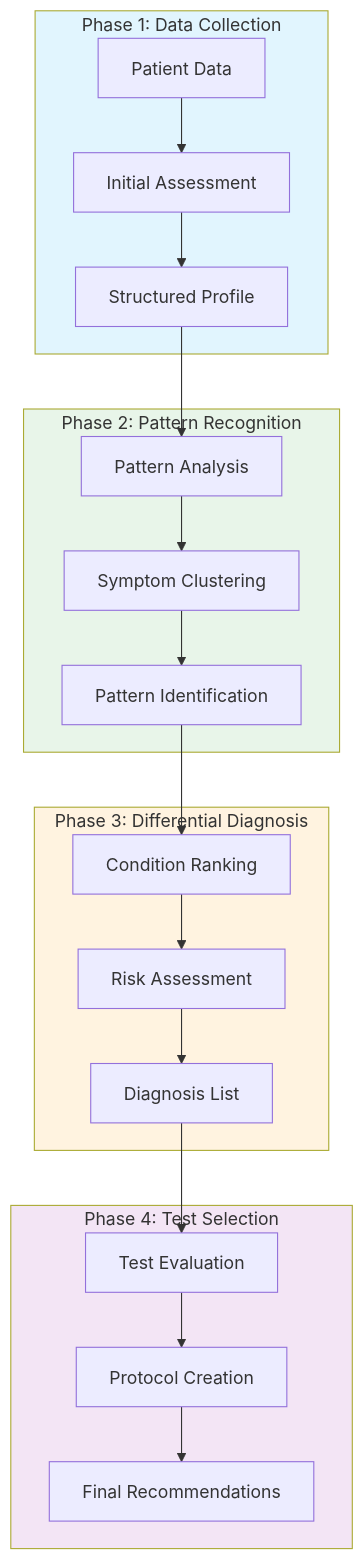
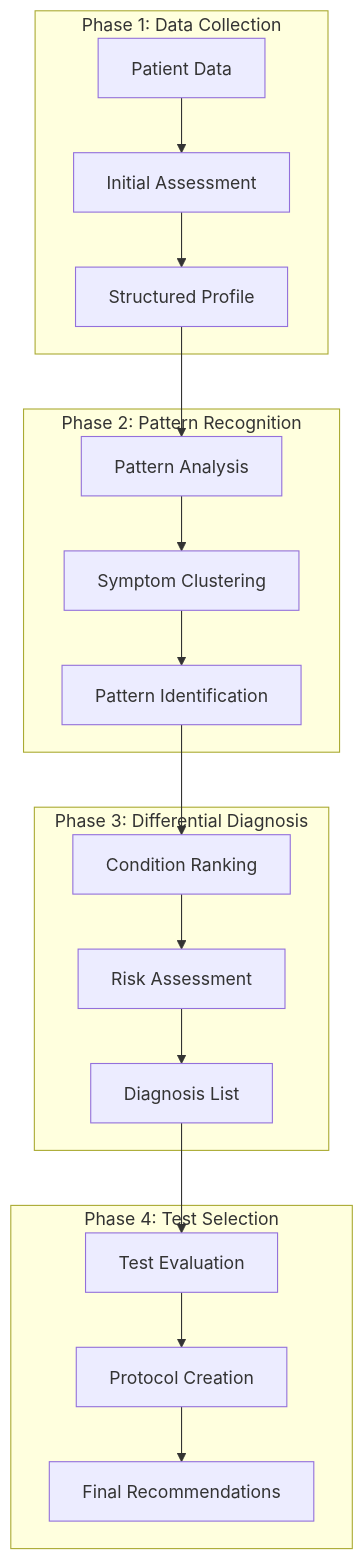
One commit to MuhammadYossry/tech-articles changed the second of 2 diagrams in ai-ml/Chain of Thought Prompting: A Multi-Phase Decision Making System.md. Above: the diagram before and after it, drawn with Mermaid. The commit also changed other lines of this file, not shown here.

Commit message:
Fix mermaid graph

````diff
--- a/ai-ml/Chain of Thought Prompting: A Multi-Phase Decision Making System.md
+++ b/ai-ml/Chain of Thought Prompting: A Multi-Phase Decision Making System.md
@@ -331,31 +331,26 @@
 ```mermaid
 flowchart TB
     subgraph Phase1[Phase 1: Data Collection]
         A1[Patient Data] --> A2[Initial Assessment]
         A2 --> A3[Structured Profile]
     end
     
     subgraph Phase2[Phase 2: Pattern Recognition]
         B1[Pattern Analysis] --> B2[Symptom Clustering]
         B2 --> B3[Pattern Identification]
     end
     
     subgraph Phase3[Phase 3: Differential Diagnosis]
         C1[Condition Ranking] --> C2[Risk Assessment]
         C2 --> C3[Diagnosis List]
     end
     
     subgraph Phase4[Phase 4: Test Selection]
         D1[Test Evaluation] --> D2[Protocol Creation]
         D2 --> D3[Final Recommendations]
     end
     
     A3 --> B1
     B3 --> C1
     C3 --> D1
-    
-    style Phase1 fill:#e1f5fe
-    style Phase2 fill:#e8f5e9
-    style Phase3 fill:#fff3e0
-    style Phase4 fill:#f3e5f5
 ```
````
